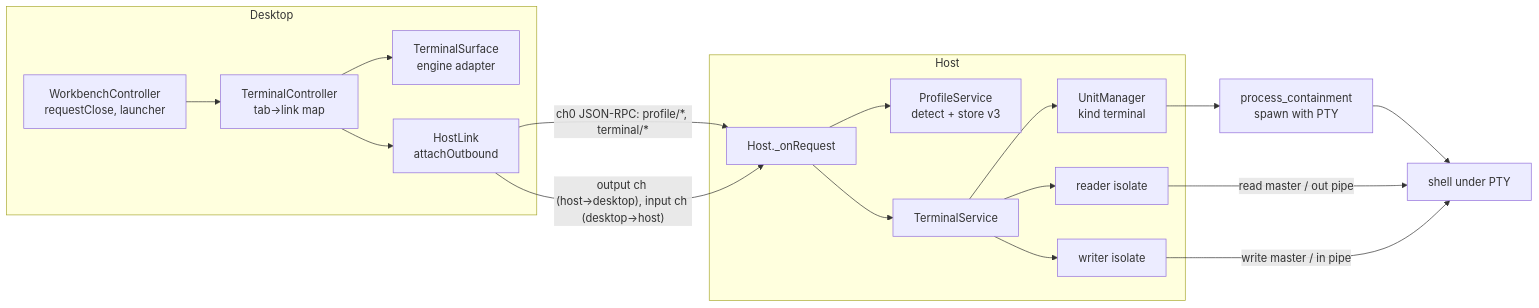
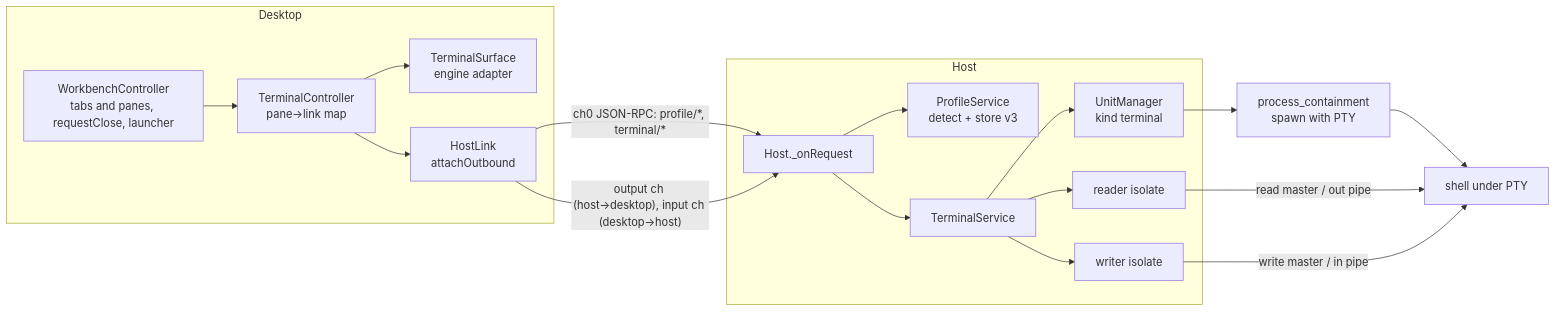
The first of 4 diagrams in openspec/changes/host-terminals/design.md (sh1ny/kumiko), drawn with Mermaid before and after one commit. The commit also changed other lines of this file and 6 other files, not shown here.

````diff
--- a/openspec/changes/host-terminals/design.md
+++ b/openspec/changes/host-terminals/design.md
@@ -178,21 +227,21 @@
 ```mermaid
 graph LR
   subgraph Desktop
-    WB[WorkbenchController<br/>requestClose, launcher] --> TC[TerminalController<br/>tab→link map]
+    WB[WorkbenchController<br/>tabs and panes, requestClose, launcher] --> TC[TerminalController<br/>pane→link map]
     TC --> TS[TerminalSurface<br/>engine adapter]
     TC --> HL[HostLink<br/>attachOutbound]
   end
   HL -- "ch0 JSON-RPC: profile/*, terminal/*" --> H
   HL -- "output ch (host→desktop), input ch (desktop→host)" --> H
   subgraph Host
     H[Host._onRequest] --> PS[ProfileService<br/>detect + store v3]
     H --> TSV[TerminalService]
     TSV --> UM[UnitManager<br/>kind terminal]
     TSV --> RI[reader isolate]
     TSV --> WI[writer isolate]
   end
   UM --> PC[process_containment<br/>spawn with PTY]
   PC --> SH[shell under PTY]
   RI -- read master / out pipe --> SH
   WI -- write master / in pipe --> SH
 ```
````
